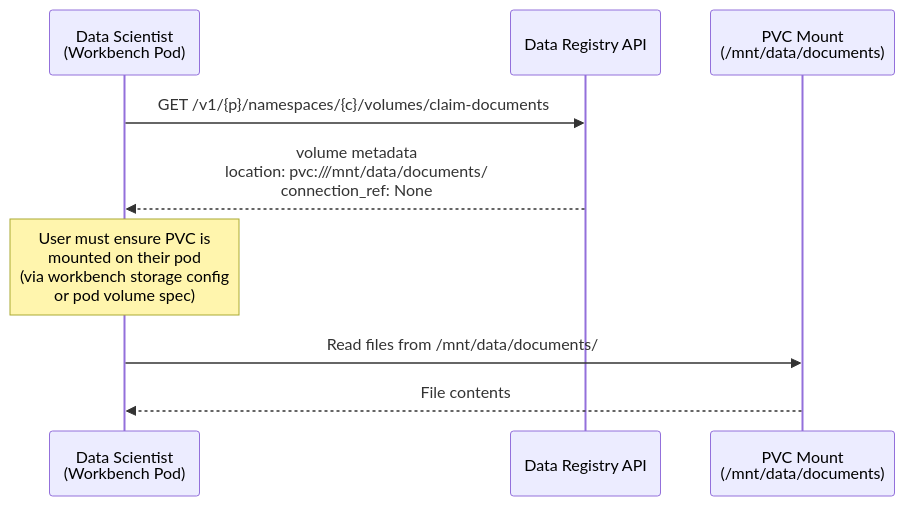
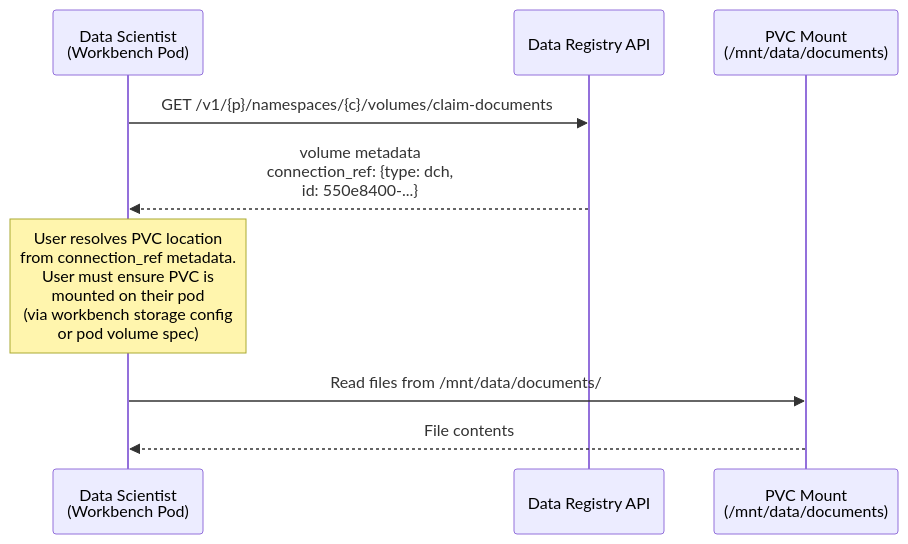
The fourth of 4 diagrams in architecture-decision-records/data-registry/ODH-ADR-DR-0002-data-registry-dch-integration.md (opendatahub-io/architecture-decision-records), drawn with Mermaid before and after one commit. The commit also changed other lines of this file, not shown here.

````diff
--- a/architecture-decision-records/data-registry/ODH-ADR-DR-0002-data-registry-dch-integration.md
+++ b/architecture-decision-records/data-registry/ODH-ADR-DR-0002-data-registry-dch-integration.md
@@ -187,14 +174,14 @@
 ```mermaid
 sequenceDiagram
     participant User as Data Scientist<br/>(Workbench Pod)
     participant DR as Data Registry API
     participant PVC as PVC Mount<br/>(/mnt/data/documents)
 
     User->>DR: GET /v1/{p}/namespaces/{c}/volumes/claim-documents
-    DR-->>User: volume metadata<br/>location: pvc:///mnt/data/documents/<br/>connection_ref: None
+    DR-->>User: volume metadata<br/>connection_ref: {type: dch,<br/>id: 550e8400-...}
 
-    Note over User: User must ensure PVC is<br/>mounted on their pod<br/>(via workbench storage config<br/>or pod volume spec)
+    Note over User: User resolves PVC location<br/>from connection_ref metadata.<br/>User must ensure PVC is<br/>mounted on their pod<br/>(via workbench storage config<br/>or pod volume spec)
 
     User->>PVC: Read files from /mnt/data/documents/
     PVC-->>User: File contents
 ```
````
